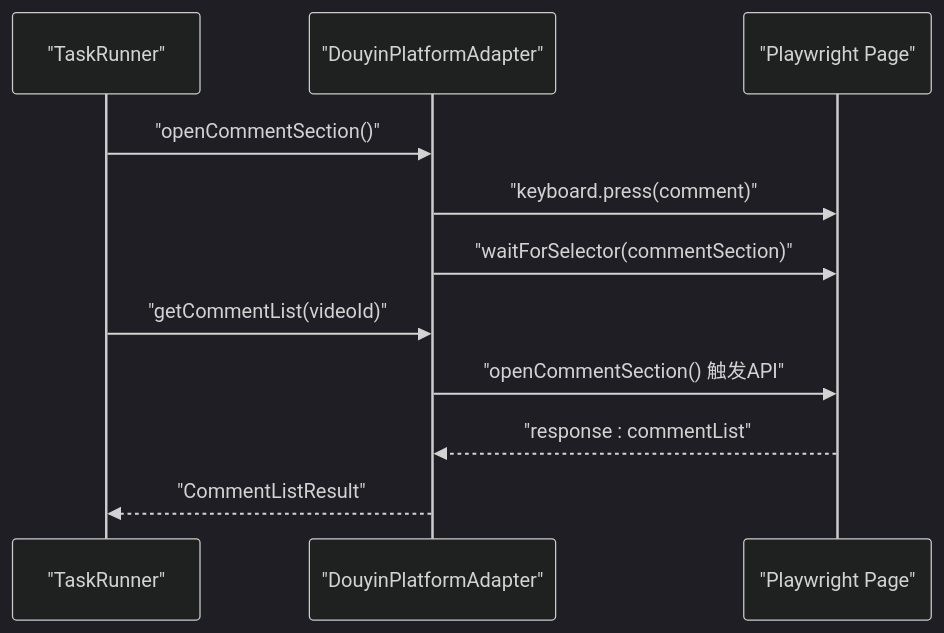
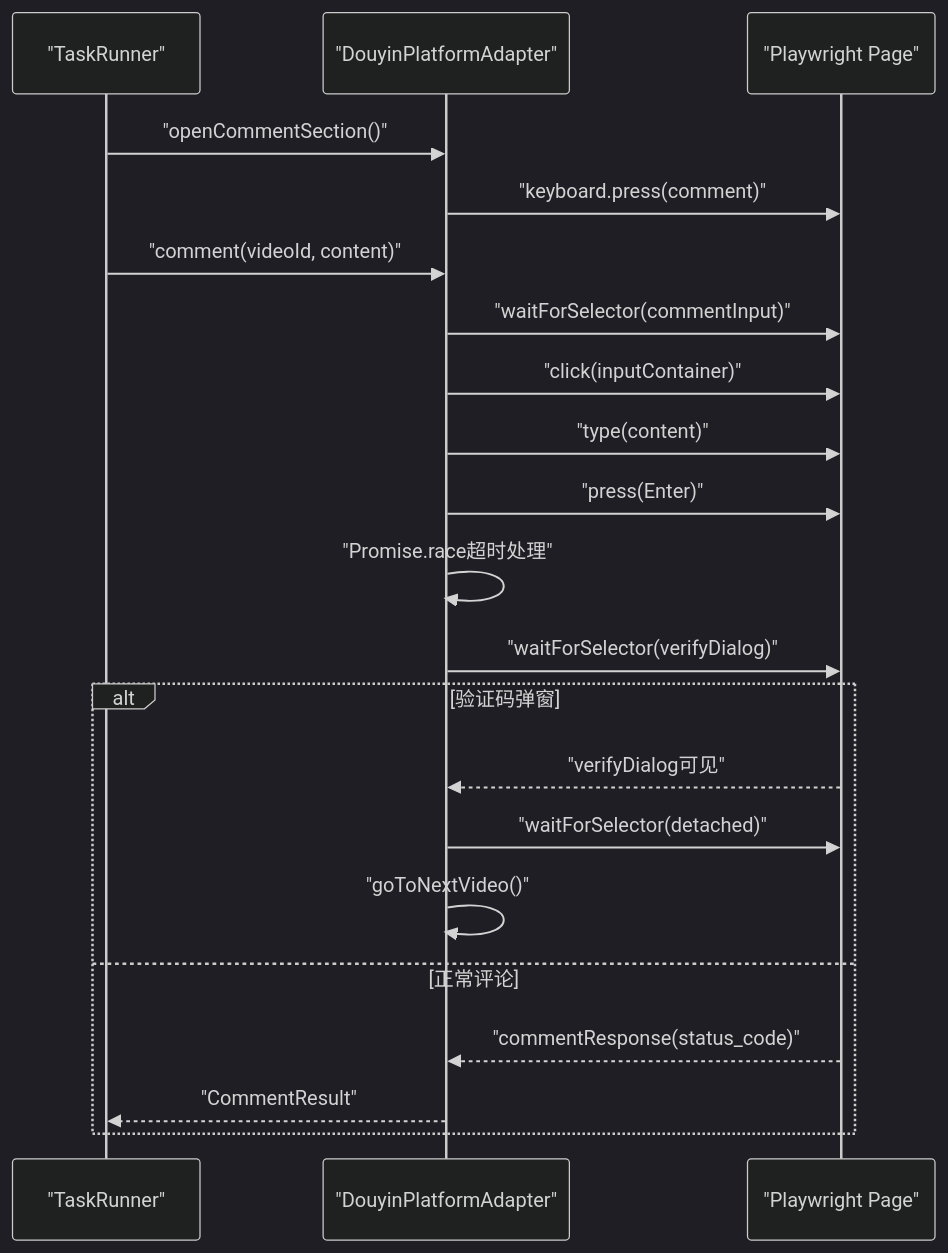
Before and after one commit to hipig/autoOps: the fifth of 7 diagrams in .qoder/repowiki/zh/content/核心模块/平台适配器系统/平台适配器系统.md, drawn with Mermaid (dark theme). The commit also changed other lines of this file and 37 other files, not shown here.

````diff
--- a/.qoder/repowiki/zh/content/核心模块/平台适配器系统/平台适配器系统.md
+++ b/.qoder/repowiki/zh/content/核心模块/平台适配器系统/平台适配器系统.md
@@ -265,13 +324,23 @@
 ```mermaid
 sequenceDiagram
 participant TR as "TaskRunner"
 participant DY as "DouyinPlatformAdapter"
 participant PG as "Playwright Page"
 TR->>DY : "openCommentSection()"
 DY->>PG : "keyboard.press(comment)"
-DY->>PG : "waitForSelector(commentSection)"
-TR->>DY : "getCommentList(videoId)"
-DY->>PG : "openCommentSection() 触发API"
-PG-->>DY : "response : commentList"
-DY-->>TR : "CommentListResult"
+TR->>DY : "comment(videoId, content)"
+DY->>PG : "waitForSelector(commentInput)"
+DY->>PG : "click(inputContainer)"
+DY->>PG : "type(content)"
+DY->>PG : "press(Enter)"
+DY->>DY : "Promise.race超时处理"
+DY->>PG : "waitForSelector(verifyDialog)"
+alt 验证码弹窗
+PG-->>DY : "verifyDialog可见"
+DY->>PG : "waitForSelector(detached)"
+DY->>DY : "goToNextVideo()"
+else 正常评论
+PG-->>DY : "commentResponse(status_code)"
+DY-->>TR : "CommentResult"
+end
 ```
````
